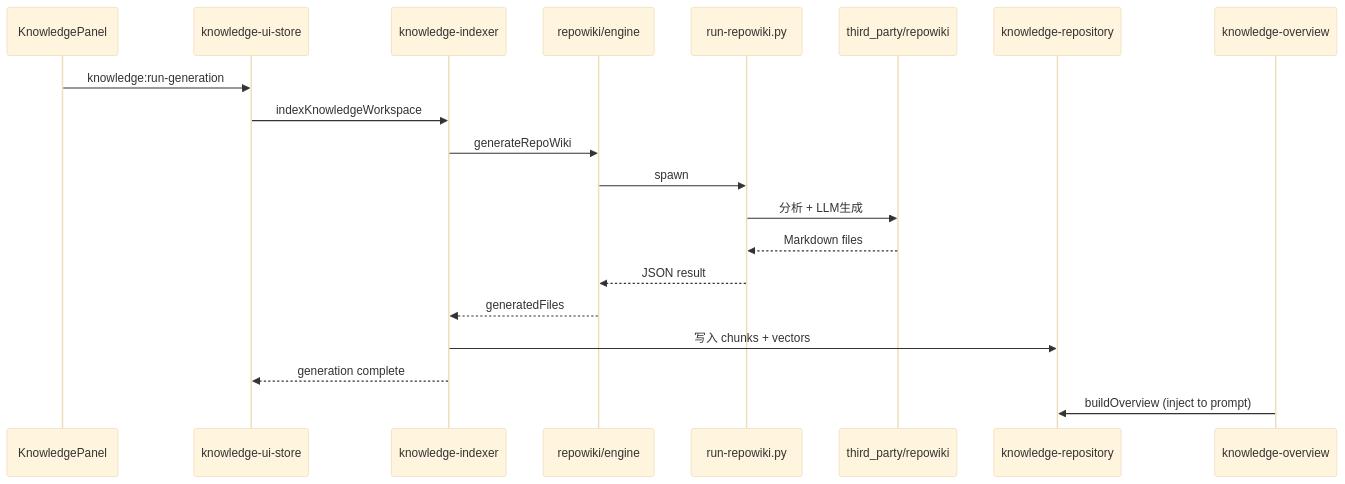
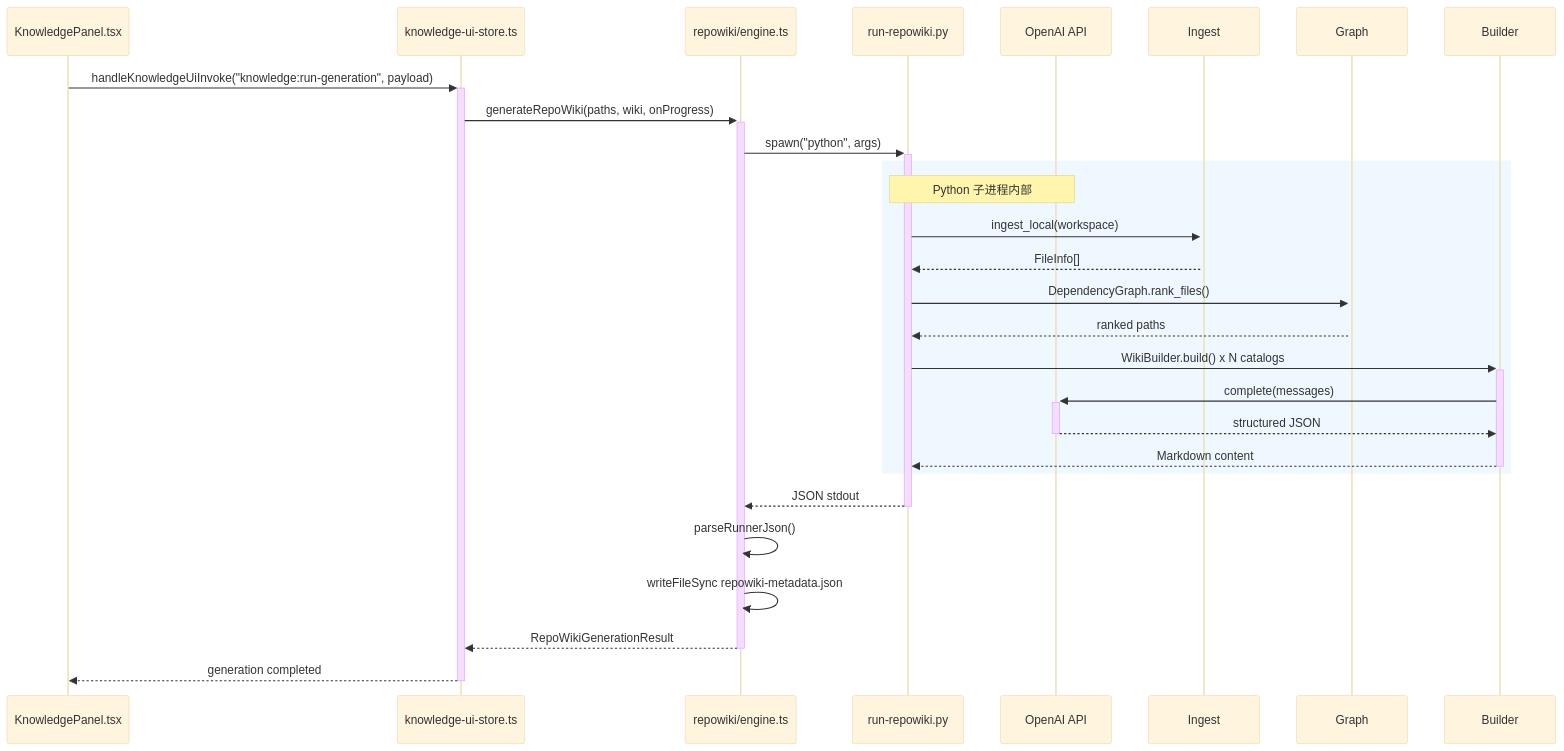
The second of 2 diagrams in .tech/repowiki/zh/content/核心模块规格/知识库后端引擎总览/Repo Wiki Python Runner.md (lst016/tech-cc-hub), drawn with Mermaid (base theme) before and after one commit. The commit also changed other lines of this file and 176 other files, not shown here.

Commit message:
fix: stabilize repo wiki generation progress

````diff
--- a/.tech/repowiki/zh/content/核心模块规格/知识库后端引擎总览/Repo Wiki Python Runner.md
+++ b/.tech/repowiki/zh/content/核心模块规格/知识库后端引擎总览/Repo Wiki Python Runner.md
@@ -356,23 +108,30 @@
 ```mermaid
 sequenceDiagram
-    participant UI as KnowledgePanel
-    participant Store as knowledge-ui-store
-    participant Indexer as knowledge-indexer
-    participant Engine as repowiki/engine
-    participant Python as run-repowiki.py
-    participant RepoWiki as third_party/repowiki
-    participant Index as knowledge-repository
-    participant Overview as knowledge-overview
+    participant UI as KnowledgePanel.tsx
+    participant Store as knowledge-ui-store.ts
+    participant Engine as repowiki/engine.ts
+    participant RPW as run-repowiki.py
+    participant LLM as OpenAI API
 
-    UI->>Store: knowledge:run-generation
-    Store->>Indexer: indexKnowledgeWorkspace
-    Indexer->>Engine: generateRepoWiki
-    Engine->>Python: spawn
-    Python->>RepoWiki: 分析 + LLM生成
-    RepoWiki-->>Python: Markdown files
-    Python-->>Engine: JSON result
-    Engine-->>Indexer: generatedFiles
-    Indexer->>Index: 写入 chunks + vectors
-    Indexer-->>Store: generation complete
-    Overview->>Index: buildOverview (inject to prompt)
+    UI->>+Store: handleKnowledgeUiInvoke("knowledge:run-generation", payload)
+    Store->>+Engine: generateRepoWiki(paths, wiki, onProgress)
+    Engine->>+RPW: spawn("python", args)
+
+    rect rgb(240, 248, 255)
+        Note over RPW,LLM: Python 子进程内部
+        RPW->>+Ingest: ingest_local(workspace)
+        Ingest-->>RPW: FileInfo[]
+        RPW->>+Graph: DependencyGraph.rank_files()
+        Graph-->>RPW: ranked paths
+        RPW->>+Builder: WikiBuilder.build() x N catalogs
+        Builder->>+LLM: complete(messages)
+        LLM-->>-Builder: structured JSON
+        Builder-->>-RPW: Markdown content
+    end
+
+    RPW-->>-Engine: JSON stdout
+    Engine->>Engine: parseRunnerJson()
+    Engine->>Engine: writeFileSync repowiki-metadata.json
+    Engine-->>-Store: RepoWikiGenerationResult
+    Store-->>-UI: generation completed
 ```
````
